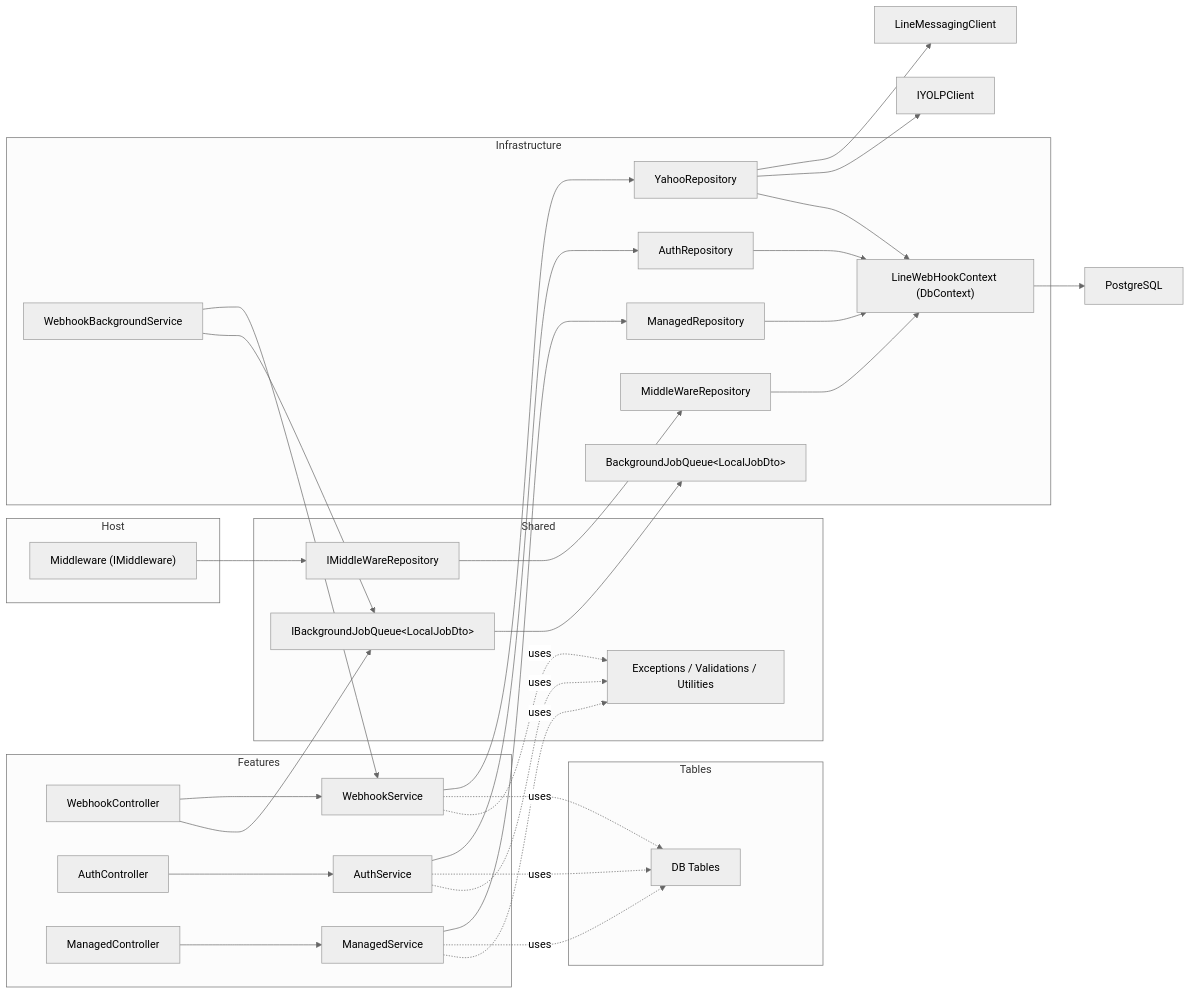
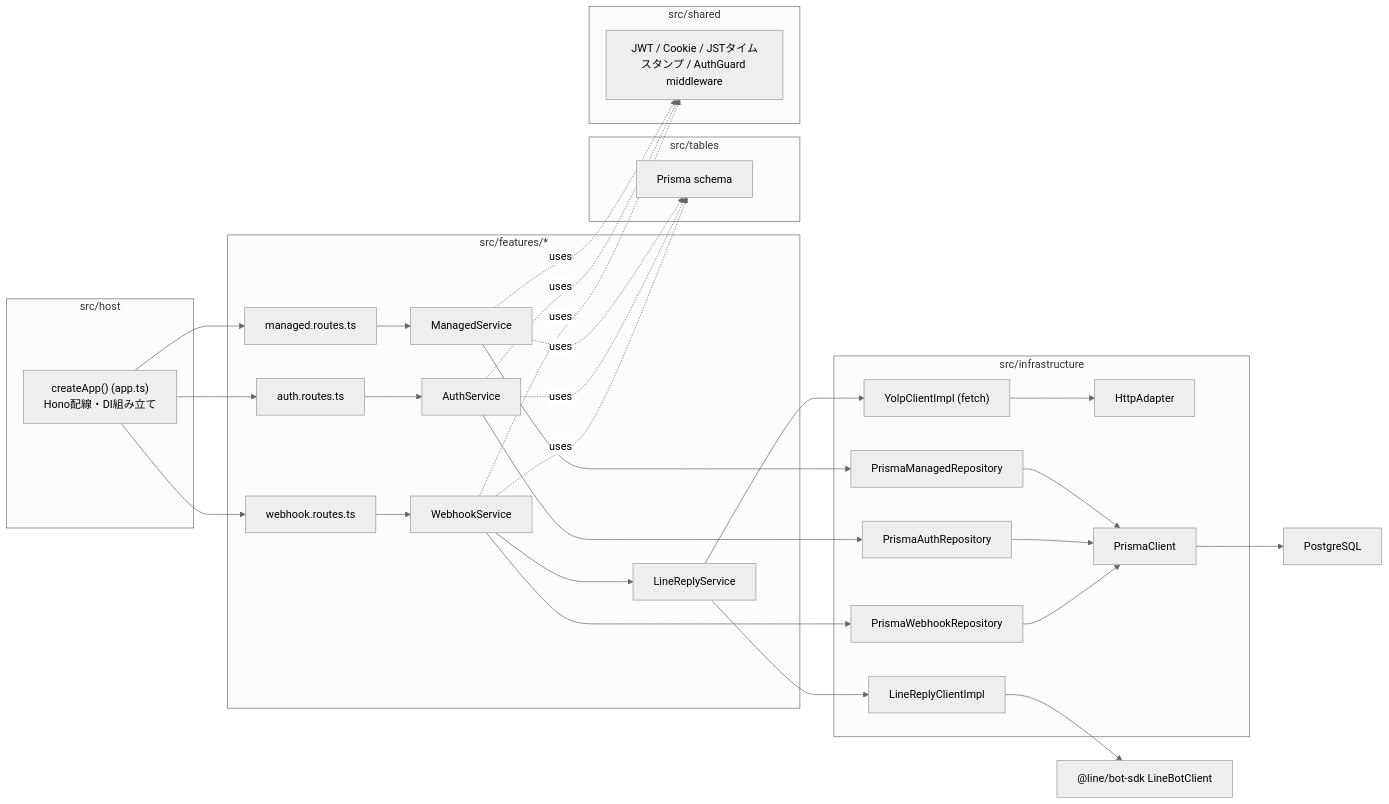
The second of 4 diagrams in Architect.md (agts86/G-Searcher), drawn with Mermaid (neutral theme) before and after one commit. The commit also changed other lines of this file and 17 other files, not shown here.

````diff
--- a/Architect.md
+++ b/Architect.md
@@ -30,64 +30,56 @@
 ```mermaid
 graph LR
-    subgraph Host
-      Middleware["Middleware (IMiddleware)"]
+    subgraph Host["src/host"]
+      App["createApp() (app.ts)<br/>Hono配線・DI組み立て"]
     end
 
-    subgraph Features
-      WebhookController["WebhookController"]
+    subgraph Features["src/features/*"]
+      WebhookRoutes["webhook.routes.ts"]
       WebhookService["WebhookService"]
-      AuthController["AuthController"]
+      LineReplyService["LineReplyService"]
+      AuthRoutes["auth.routes.ts"]
       AuthService["AuthService"]
-      ManagedController["ManagedController"]
+      ManagedRoutes["managed.routes.ts"]
       ManagedService["ManagedService"]
     end
 
-    subgraph Tables
-      AppModels["DB Tables"]
+    subgraph Tables["src/tables"]
+      Prisma["Prisma schema"]
     end
 
-    subgraph Shared
-      MiddlewareRepoI["IMiddleWareRepository"]
-      QueueI["IBackgroundJobQueue&lt;LocalJobDto&gt;"]
-      SharedComp["Exceptions / Validations / Utilities"]
+    subgraph Shared["src/shared"]
+      SharedComp["JWT / Cookie / JSTタイムスタンプ / AuthGuard middleware"]
     end
 
-    subgraph Infrastructure
-      YahooRepo["YahooRepository"]
-      AuthRepo["AuthRepository"]
-      ManagedRepo["ManagedRepository"]
-      MiddlewareRepo["MiddleWareRepository"]
-      QueueImpl["BackgroundJobQueue&lt;LocalJobDto&gt;"]
-      Bg["WebhookBackgroundService"]
-      DbContext["LineWebHookContext (DbContext)"]
+    subgraph Infrastructure["src/infrastructure"]
+      WebhookRepo["PrismaWebhookRepository"]
+      AuthRepo["PrismaAuthRepository"]
+      ManagedRepo["PrismaManagedRepository"]
+      YolpClient["YolpClientImpl (fetch)"]
+      LineReplyClient["LineReplyClientImpl"]
+      HttpAdapter["HttpAdapter"]
+      PrismaClient["PrismaClient"]
     end
 
-    LineSdk["LineMessagingClient"]
-    YOLP["IYOLPClient"]
+    LineBotSdk["@line/bot-sdk LineBotClient"]
     Pg["PostgreSQL"]
 
-    WebhookController --> WebhookService --> YahooRepo
-    AuthController --> AuthService --> AuthRepo
-    ManagedController --> ManagedService --> ManagedRepo
-    Middleware --> MiddlewareRepoI --> MiddlewareRepo
+    App --> WebhookRoutes --> WebhookService --> WebhookRepo
+    WebhookService --> LineReplyService --> YolpClient
+    LineReplyService --> LineReplyClient --> LineBotSdk
+    App --> AuthRoutes --> AuthService --> AuthRepo
+    App --> ManagedRoutes --> ManagedService --> ManagedRepo
 
-    WebhookController --> QueueI
-    Bg --> WebhookService
-    Bg --> QueueI
-    QueueI --> QueueImpl
+    YolpClient --> HttpAdapter
+    WebhookRepo --> PrismaClient
+    AuthRepo --> PrismaClient
+    ManagedRepo --> PrismaClient
+    PrismaClient --> Pg
 
-    YahooRepo --> LineSdk
-    YahooRepo --> YOLP
-    YahooRepo --> DbContext
-    AuthRepo --> DbContext
-    ManagedRepo --> DbContext
-    MiddlewareRepo --> DbContext
-    DbContext --> Pg
-
-    WebhookService -. uses .-> AppModels
-    AuthService -. uses .-> AppModels
-    ManagedService -. uses .-> AppModels
+    WebhookService -. uses .-> Prisma
+    AuthService -. uses .-> Prisma
+    ManagedService -. uses .-> Prisma
     WebhookService -. uses .-> SharedComp
     AuthService -. uses .-> SharedComp
     ManagedService -. uses .-> SharedComp
 ```
````
